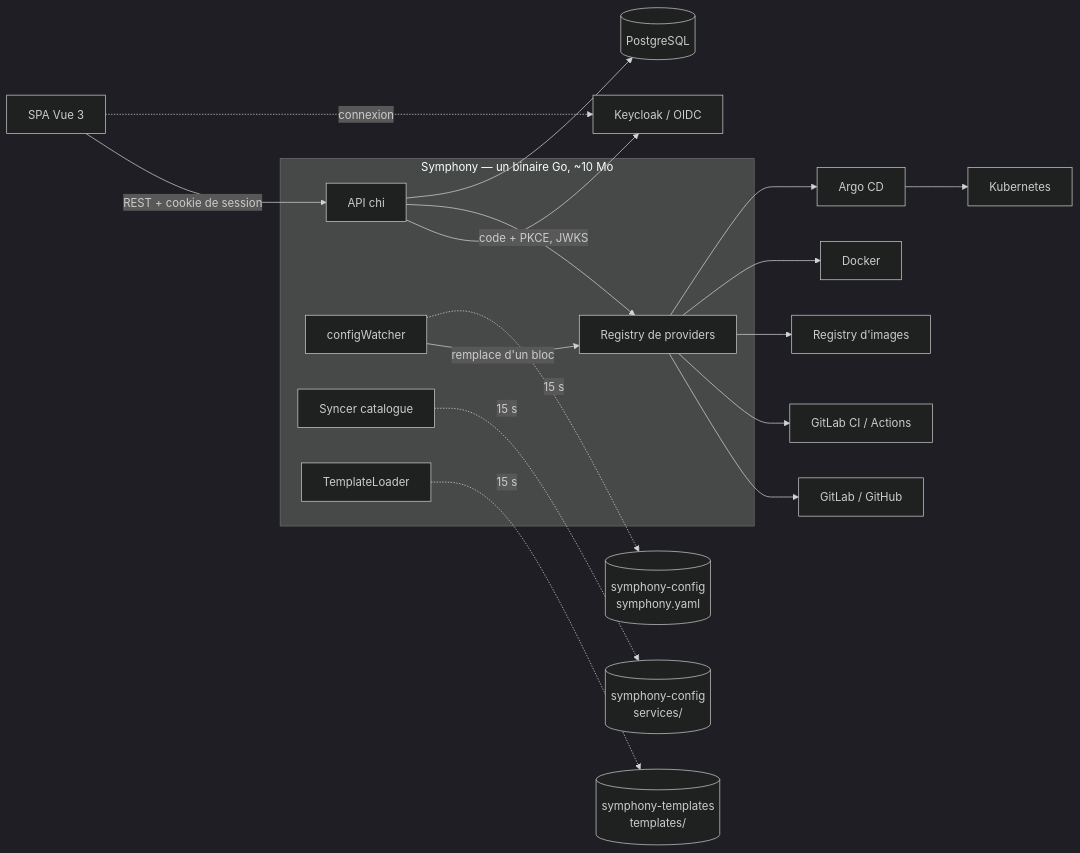
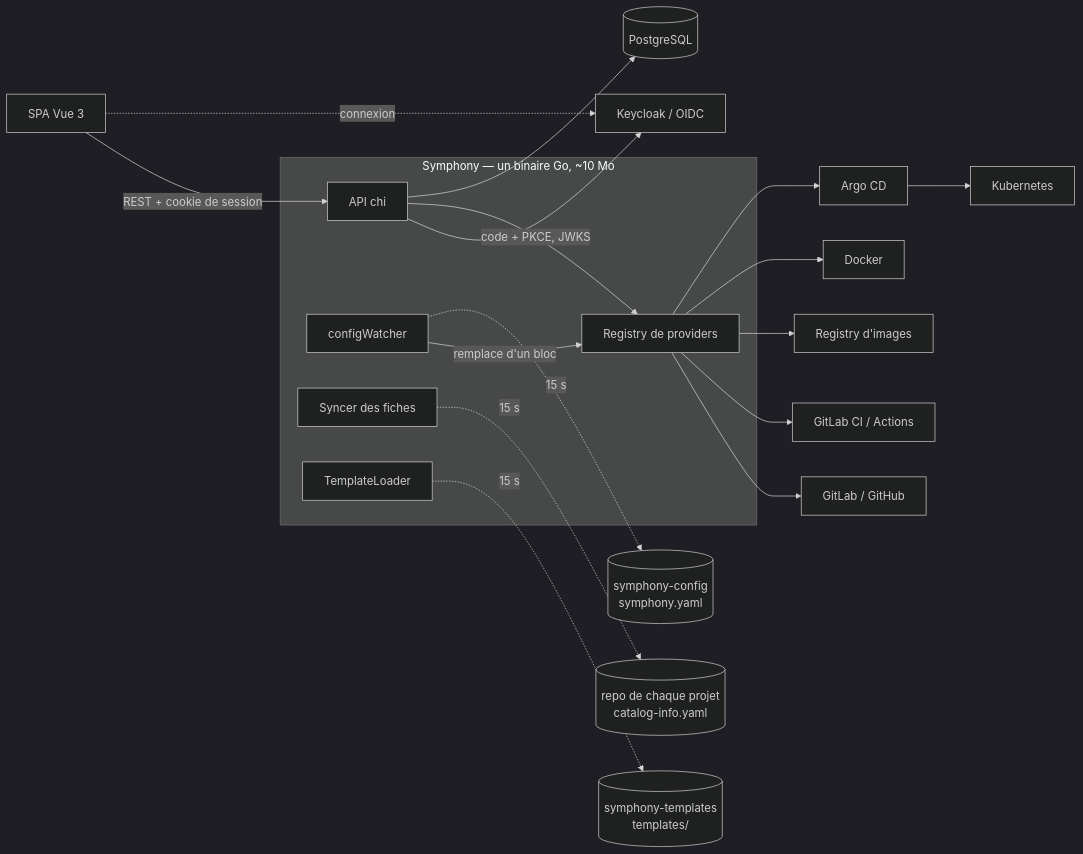
Before and after one commit to clemuscle/symphony: the diagram in README.md, drawn with Mermaid (dark theme). The commit also changed other lines of this file and 43 other files, not shown here.

````diff
--- a/README.md
+++ b/README.md
@@ -55,21 +60,21 @@
 ```mermaid
 flowchart LR
   UI[SPA Vue 3] -->|REST + cookie de session| API
   UI -.->|connexion| IDP[Keycloak / OIDC]
   API -->|code + PKCE, JWKS| IDP
   subgraph Symphony["Symphony — un binaire Go, ~10 Mo"]
     API[API chi] --> REG[Registry de providers]
     W[configWatcher] -->|remplace d'un bloc| REG
-    S[Syncer catalogue]
+    S[Syncer des fiches]
     T[TemplateLoader]
   end
   REG --> SCM[GitLab / GitHub]
   REG --> CI[GitLab CI / Actions]
   REG --> IMG[Registry d'images]
   REG --> RT[Docker]
   REG --> ARGO[Argo CD] --> K8S[Kubernetes]
   W -. 15 s .-> CFG[(symphony-config<br/>symphony.yaml)]
-  S -. 15 s .-> SVC[(symphony-config<br/>services/)]
+  S -. 15 s .-> SVC[(repo de chaque projet<br/>catalog-info.yaml)]
   T -. 15 s .-> TPL[(symphony-templates<br/>templates/)]
   API --> DB[(PostgreSQL)]
 ```
````
